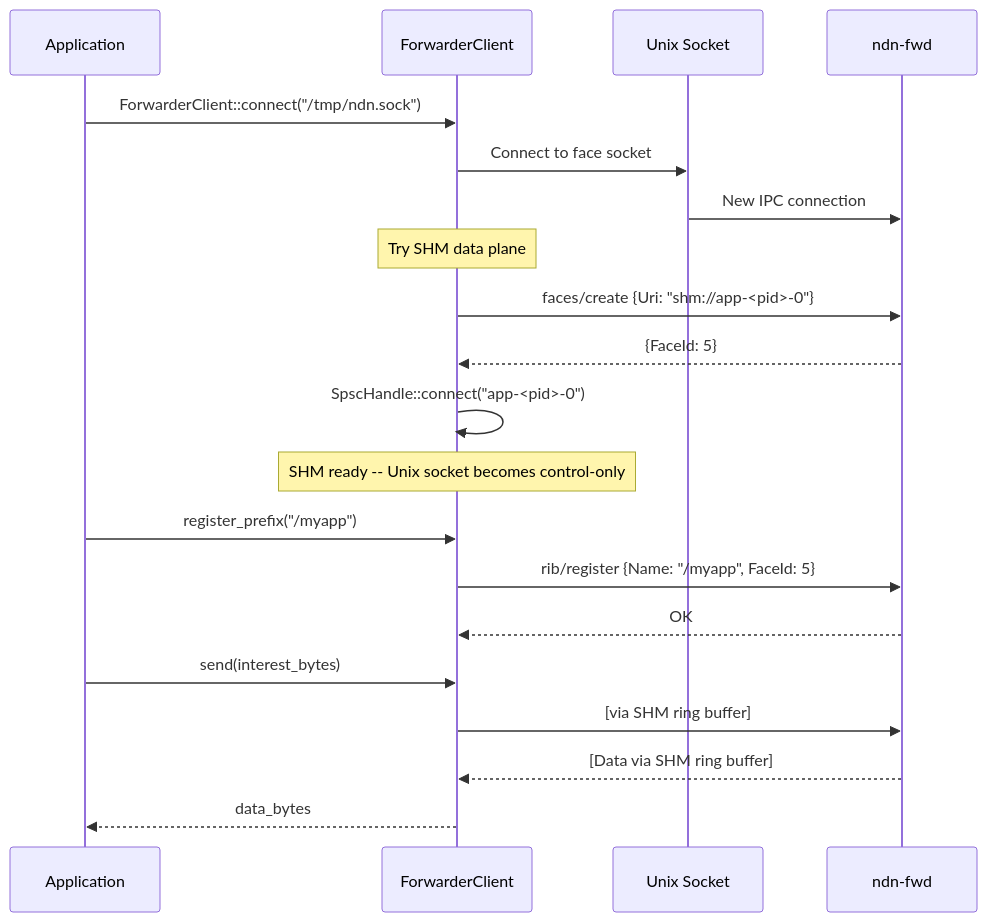
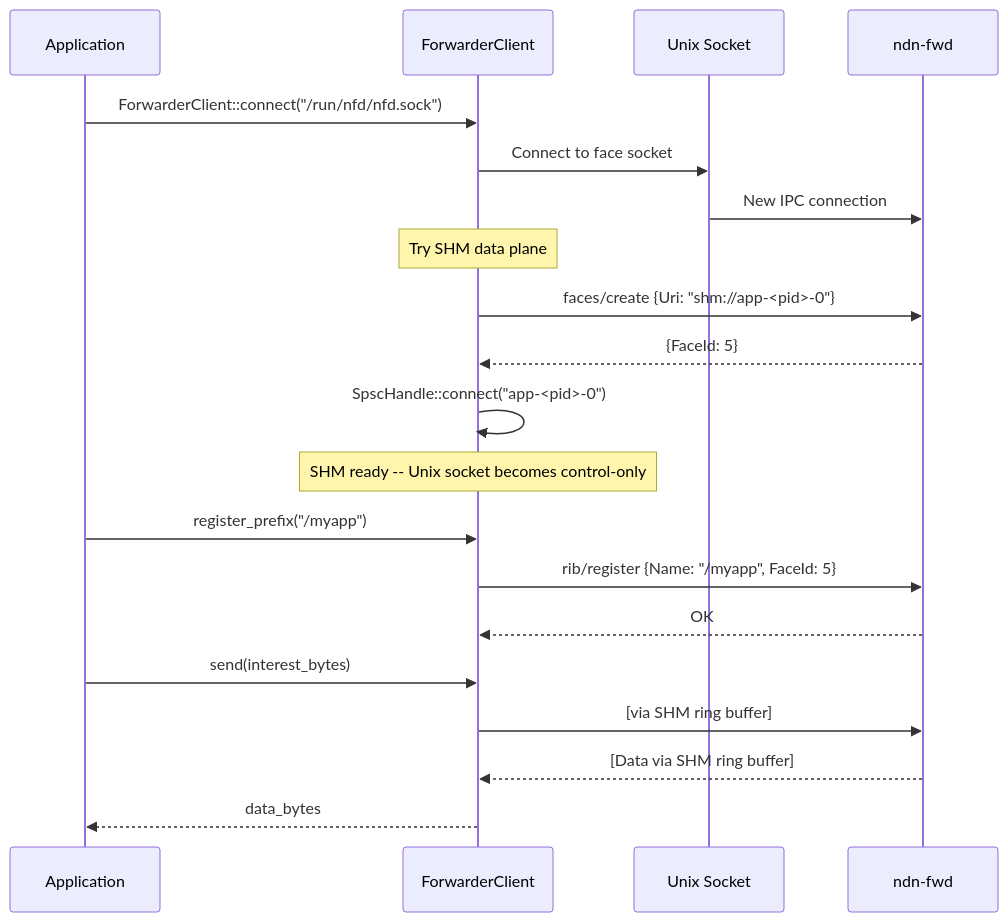
One commit to Quarmire/ndn-rs changed the third of 3 diagrams in docs/wiki/src/deep-dive/ipc-transport.md. Above: the diagram before and after it, drawn with Mermaid. The commit also changed other lines of this file and 12 other files, not shown here.

````diff
--- a/docs/wiki/src/deep-dive/ipc-transport.md
+++ b/docs/wiki/src/deep-dive/ipc-transport.md
@@ -109,27 +109,27 @@
 ```mermaid
 sequenceDiagram
     participant App as Application
     participant RC as ForwarderClient
     participant Sock as Unix Socket
     participant Router as ndn-fwd
 
-    App->>RC: ForwarderClient::connect("/tmp/ndn.sock")
+    App->>RC: ForwarderClient::connect("/run/nfd/nfd.sock")
     RC->>Sock: Connect to face socket
     Sock->>Router: New IPC connection
 
     Note over RC: Try SHM data plane
     RC->>Router: faces/create {Uri: "shm://app-<pid>-0"}
     Router-->>RC: {FaceId: 5}
     RC->>RC: SpscHandle::connect("app-<pid>-0")
 
     Note over RC: SHM ready -- Unix socket becomes control-only
 
     App->>RC: register_prefix("/myapp")
     RC->>Router: rib/register {Name: "/myapp", FaceId: 5}
     Router-->>RC: OK
 
     App->>RC: send(interest_bytes)
     RC->>Router: [via SHM ring buffer]
     Router-->>RC: [Data via SHM ring buffer]
     RC-->>App: data_bytes
 ```
````
